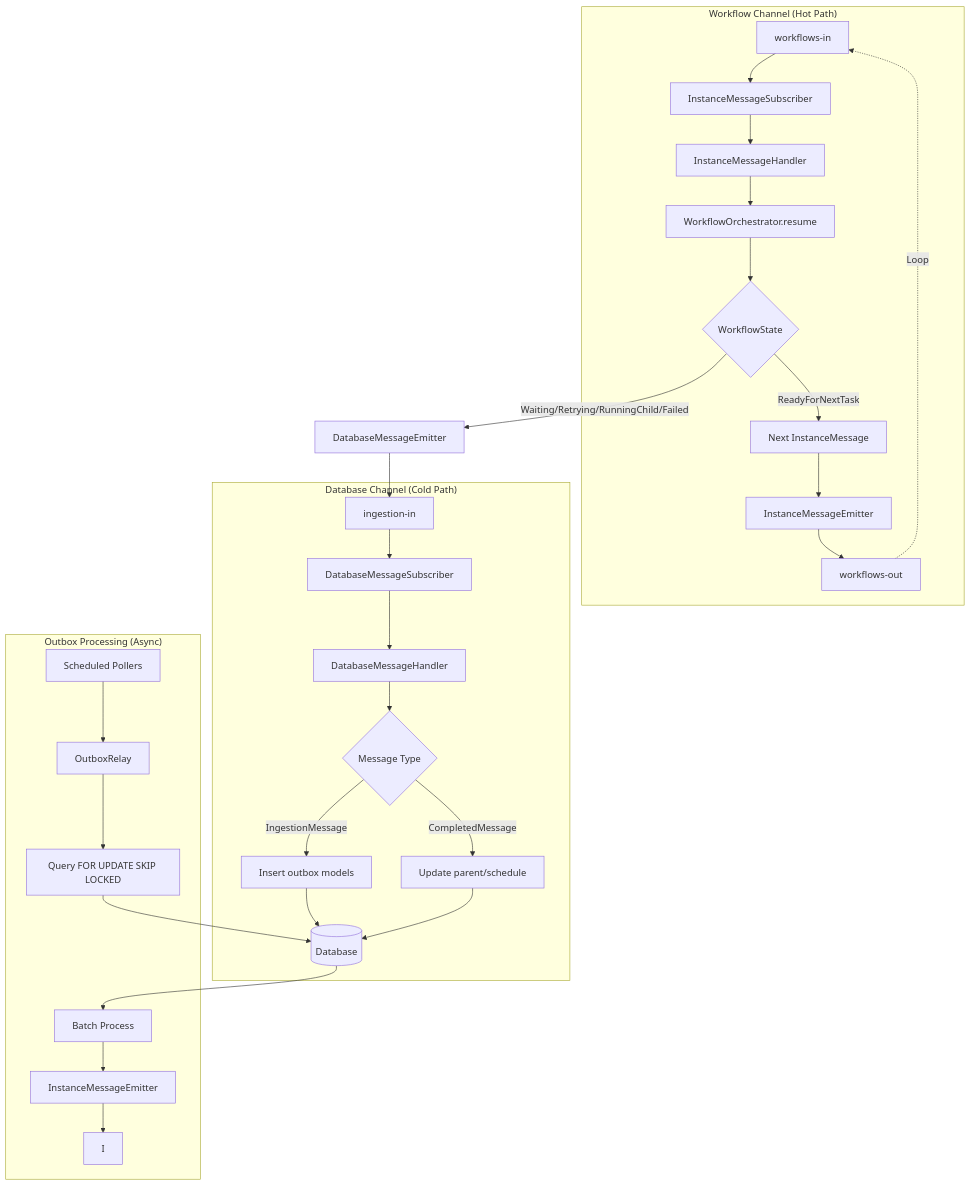
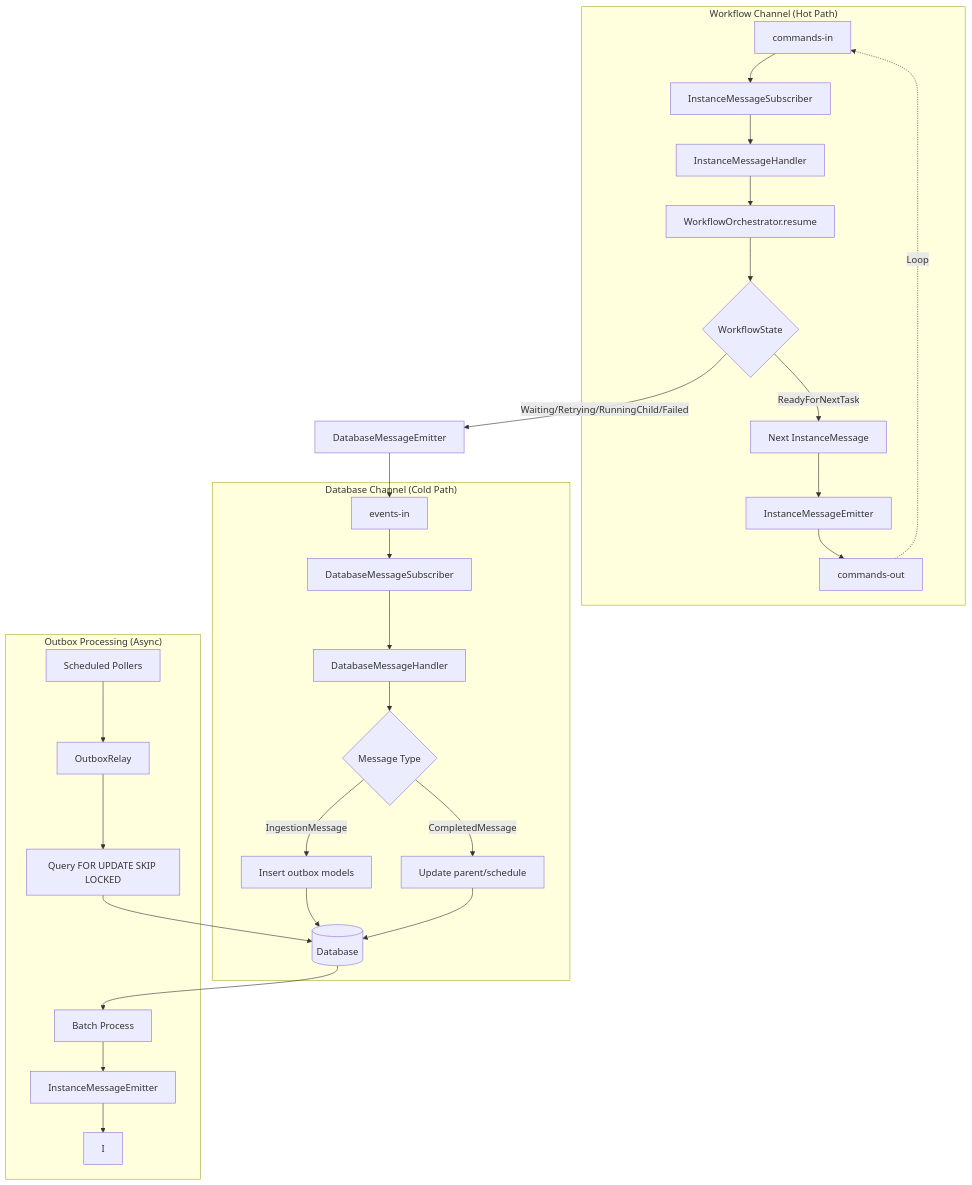
Before and after one commit to lemline/lemline: the first of 2 diagrams in docs/runner-architecture.md, drawn with Mermaid. The commit also changed other lines of this file and 35 other files, not shown here.

````diff
--- a/docs/runner-architecture.md
+++ b/docs/runner-architecture.md
@@ -120,35 +132,35 @@
 ```mermaid
 graph TD
     subgraph "Workflow Channel (Hot Path)"
-        A[workflows-in] --> B[InstanceMessageSubscriber]
+        A[commands-in] --> B[InstanceMessageSubscriber]
         B --> C[InstanceMessageHandler]
         C --> D[WorkflowOrchestrator.resume]
         D --> E{WorkflowState}
         E -->|ReadyForNextTask| F[Next InstanceMessage]
         F --> G[InstanceMessageEmitter]
-        G --> H[workflows-out]
+        G --> H[commands-out]
         H -.->|Loop| A
     end
 
     subgraph "Database Channel (Cold Path)"
-        J[ingestion-in] --> K[DatabaseMessageSubscriber]
+        J[events-in] --> K[DatabaseMessageSubscriber]
         K --> L[DatabaseMessageHandler]
         L --> M{Message Type}
         M -->|IngestionMessage| N[Insert outbox models]
         M -->|CompletedMessage| O[Update parent/schedule]
         N --> P[(Database)]
         O --> P
     end
 
     subgraph "Outbox Processing (Async)"
         Q[Scheduled Pollers] --> R[OutboxRelay]
         R --> S[Query FOR UPDATE SKIP LOCKED]
         S --> P
         P --> T[Batch Process]
         T --> U[InstanceMessageEmitter]
         U --> I
     end
 
     E -->|Waiting/Retrying/RunningChild/Failed| V[DatabaseMessageEmitter]
     V --> J
 ```
````
